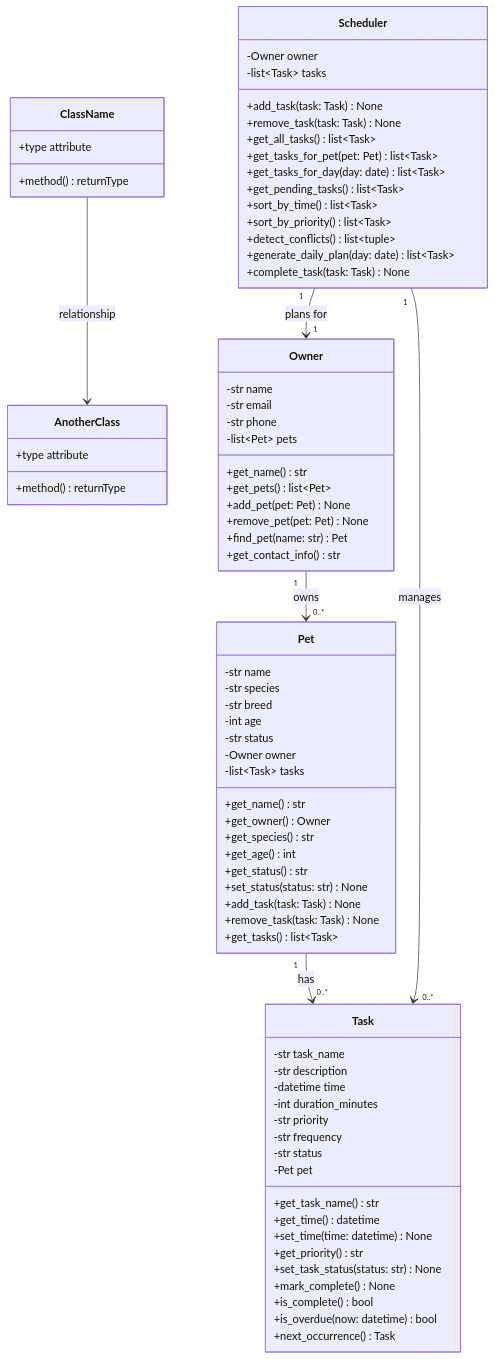
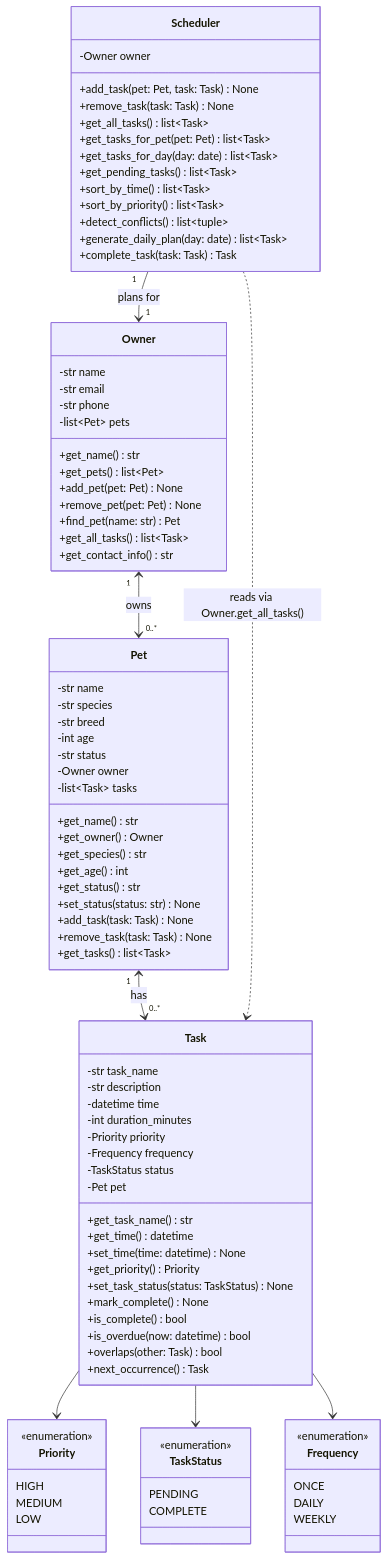
The diagram in diagrams/uml.mmd (sweater12/ai110-module2show-pawpal-starter), drawn with Mermaid before and after one commit. The commit also changed 8 other files, not shown here.

```diff
--- a/diagrams/uml.mmd
+++ b/diagrams/uml.mmd
@@ -1,89 +1,99 @@
 classDiagram
-    %% Replace the placeholders below with your actual classes, attributes, methods, and relationships.
-    %% Keep this file updated so it matches your final implementation.
-
-    class ClassName {
-        +type attribute
-        +method() returnType
-    }
-
-    class AnotherClass {
-        +type attribute
-        +method() returnType
-    }
-
-    ClassName --> AnotherClass : relationship
-
     %% PawPal system classes
     class Owner {
         -str name
         -str email
         -str phone
         -list~Pet~ pets
         +get_name() str
         +get_pets() list~Pet~
         +add_pet(pet: Pet) None
         +remove_pet(pet: Pet) None
         +find_pet(name: str) Pet
+        +get_all_tasks() list~Task~
         +get_contact_info() str
     }
 
     class Pet {
         -str name
         -str species
         -str breed
         -int age
         -str status
         -Owner owner
         -list~Task~ tasks
         +get_name() str
         +get_owner() Owner
         +get_species() str
         +get_age() int
         +get_status() str
         +set_status(status: str) None
         +add_task(task: Task) None
         +remove_task(task: Task) None
         +get_tasks() list~Task~
     }
 
     class Task {
         -str task_name
         -str description
         -datetime time
         -int duration_minutes
-        -str priority
-        -str frequency
-        -str status
+        -Priority priority
+        -Frequency frequency
+        -TaskStatus status
         -Pet pet
         +get_task_name() str
         +get_time() datetime
         +set_time(time: datetime) None
-        +get_priority() str
-        +set_task_status(status: str) None
+        +get_priority() Priority
+        +set_task_status(status: TaskStatus) None
         +mark_complete() None
         +is_complete() bool
         +is_overdue(now: datetime) bool
+        +overlaps(other: Task) bool
         +next_occurrence() Task
     }
 
     class Scheduler {
         -Owner owner
-        -list~Task~ tasks
-        +add_task(task: Task) None
+        +add_task(pet: Pet, task: Task) None
         +remove_task(task: Task) None
         +get_all_tasks() list~Task~
         +get_tasks_for_pet(pet: Pet) list~Task~
         +get_tasks_for_day(day: date) list~Task~
         +get_pending_tasks() list~Task~
         +sort_by_time() list~Task~
         +sort_by_priority() list~Task~
         +detect_conflicts() list~tuple~
         +generate_daily_plan(day: date) list~Task~
-        +complete_task(task: Task) None
+        +complete_task(task: Task) Task
     }
 
-    Owner "1" --> "0..*" Pet : owns
-    Pet "1" --> "0..*" Task : has
+    class Priority {
+        <<enumeration>>
+        HIGH
+        MEDIUM
+        LOW
+    }
+
+    class TaskStatus {
+        <<enumeration>>
+        PENDING
+        COMPLETE
+    }
+
+    class Frequency {
+        <<enumeration>>
+        ONCE
+        DAILY
+        WEEKLY
+    }
+
+    %% Two-way links: Owner.pets <-> Pet.owner, Pet.tasks <-> Task.pet
+    Owner "1" <--> "0..*" Pet : owns
+    Pet "1" <--> "0..*" Task : has
     Scheduler "1" --> "1" Owner : plans for
-    Scheduler "1" --> "0..*" Task : manages
+    Scheduler ..> Task : reads via Owner.get_all_tasks()
+    Task --> Priority
+    Task --> TaskStatus
+    Task --> Frequency
```
